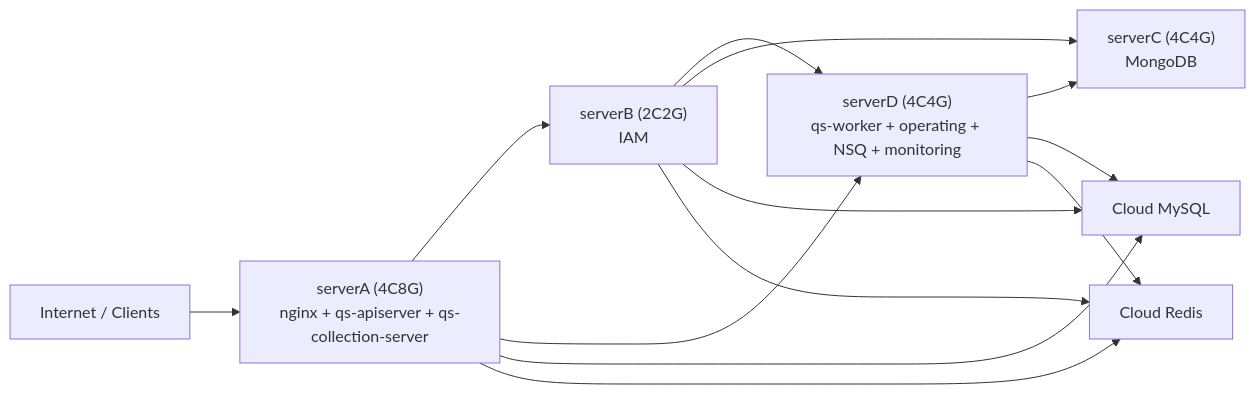
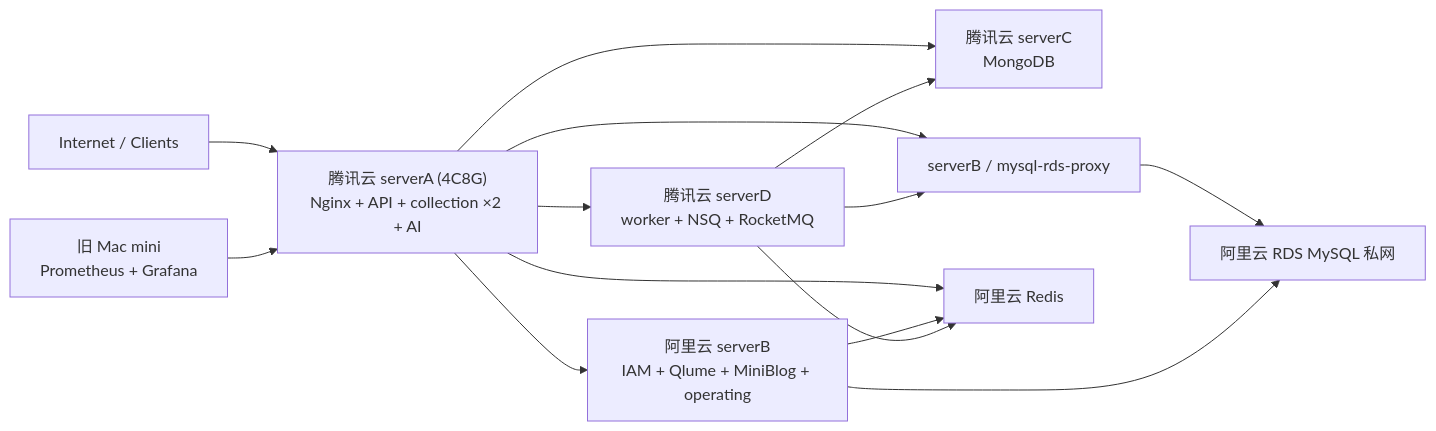
Before and after one commit to FangcunMount/infra: the diagram in README.md, drawn with Mermaid. The commit also changed other lines of this file and 2 other files, not shown here.

Commit message:
docs: record successful serverA business acceptance and current topology

````diff
--- a/README.md
+++ b/README.md
@@ -67,15 +73,16 @@
 ```mermaid
 flowchart LR
-    internet["Internet / Clients"] --> serverA["serverA (4C8G)\nnginx + qs-apiserver + qs-collection-server"]
-    serverA --> serverB["serverB (2C2G)\nIAM"]
-    serverA --> serverD["serverD (4C4G)\nqs-worker + operating + NSQ + monitoring"]
-    serverB --> serverD
-    serverB --> serverC["serverC (4C4G)\nMongoDB"]
+    internet["Internet / Clients"] --> serverA["腾讯云 serverA (4C8G)<br/>Nginx + API + collection ×2 + AI"]
+    serverA --> serverB["阿里云 serverB<br/>IAM + Qlume + MiniBlog + operating"]
+    serverA --> serverD["腾讯云 serverD<br/>worker + NSQ + RocketMQ"]
+    serverA --> serverC["腾讯云 serverC<br/>MongoDB"]
     serverD --> serverC
-    serverA --> mysql["Cloud MySQL"]
+    serverA --> proxy["serverB / mysql-rds-proxy"]
+    serverD --> proxy
+    proxy --> mysql["阿里云 RDS MySQL 私网"]
     serverB --> mysql
-    serverD --> mysql
-    serverA --> redis["Cloud Redis"]
+    serverA --> redis["阿里云 Redis"]
     serverB --> redis
     serverD --> redis
+    mini["旧 Mac mini<br/>Prometheus + Grafana"] --> serverA
 ```
````
